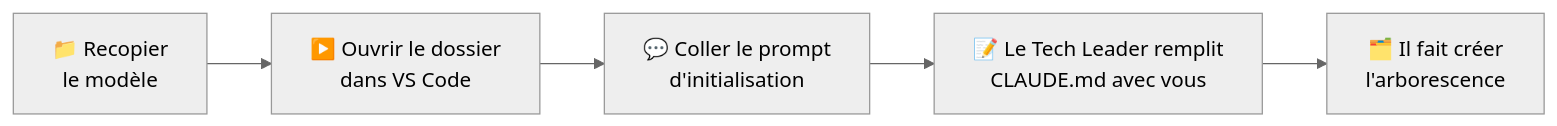
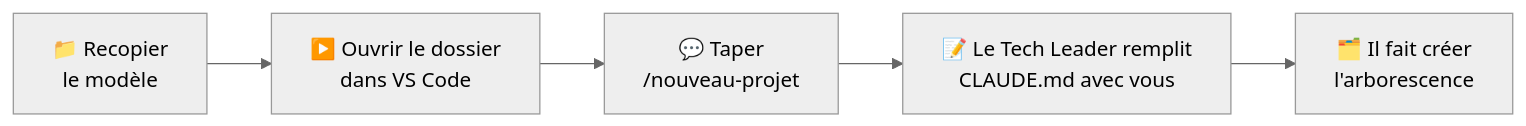
The diagram in docs/demarrer/initialiser-un-projet.md (Pierre3851/claude-team), drawn with Mermaid (neutral theme) before and after one commit. The commit also changed other lines of this file and 8 other files, not shown here.

First line of the commit message:
Commande /nouveau-projet ; le Tech Leader garde la main sur les solutions techniques

````diff
--- a/docs/demarrer/initialiser-un-projet.md
+++ b/docs/demarrer/initialiser-un-projet.md
@@ -6,4 +6,4 @@
 ```mermaid
 flowchart LR
-    A["📁 Recopier<br/>le modèle"] --> B["▶️ Ouvrir le dossier<br/>dans VS Code"] --> C["💬 Coller le prompt<br/>d'initialisation"] --> D["📝 Le Tech Leader remplit<br/>CLAUDE.md avec vous"] --> E["🗂️ Il fait créer<br/>l'arborescence"]
+    A["📁 Recopier<br/>le modèle"] --> B["▶️ Ouvrir le dossier<br/>dans VS Code"] --> C["💬 Taper<br/>/nouveau-projet"] --> D["📝 Le Tech Leader remplit<br/>CLAUDE.md avec vous"] --> E["🗂️ Il fait créer<br/>l'arborescence"]
 ```
````
